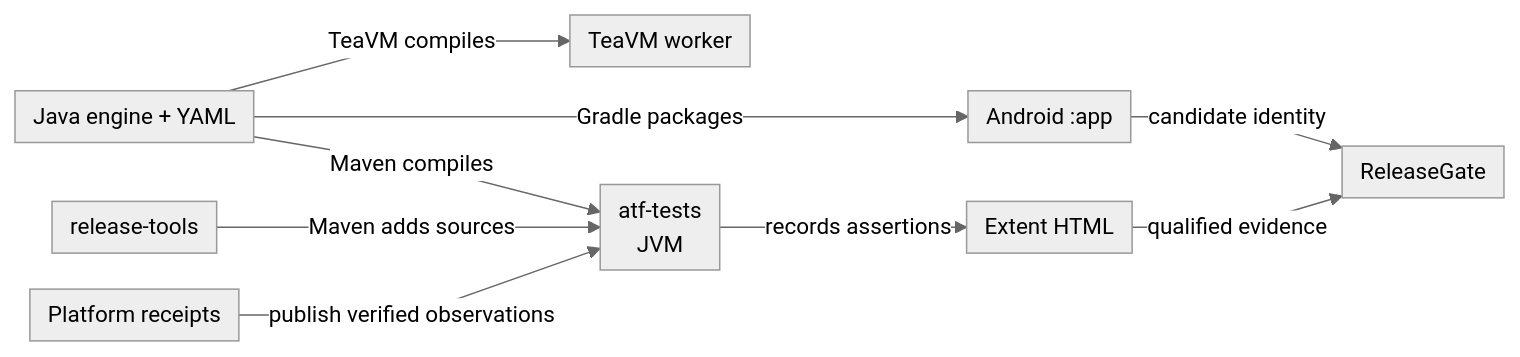
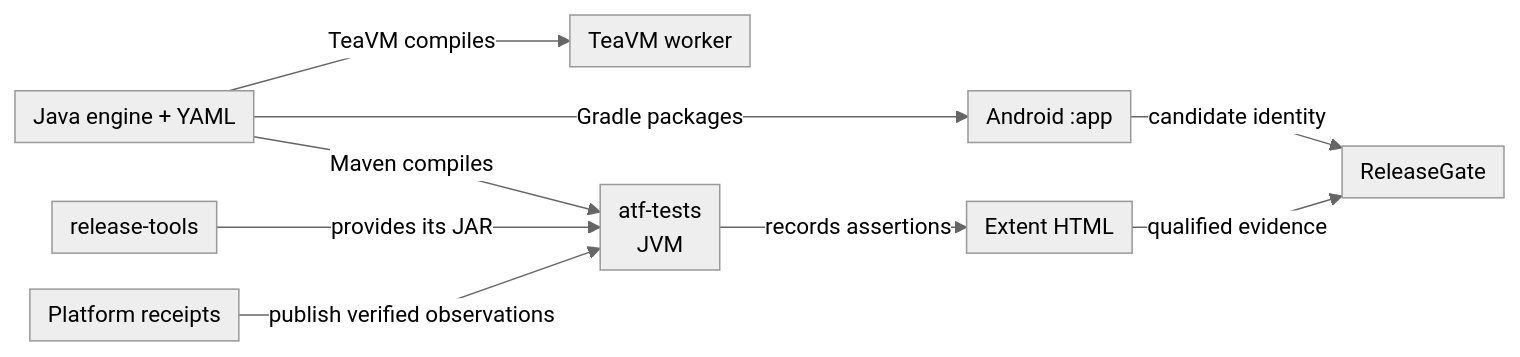
One commit to crististefanita/chess changed the second of 3 diagrams in README.md. Above: the diagram before and after it, drawn with Mermaid. The commit also changed other lines of this file and 27 other files, not shown here.

````diff
--- a/README.md
+++ b/README.md
@@ -76,20 +76,20 @@
 ```mermaid
 %%{init: {"theme":"neutral","themeVariables":{"fontSize":"15px"},"themeCSS":".edgeLabel, .edgeLabel p { font-size: 12px !important; } .node rect { rx: 6px; ry: 6px; }","flowchart":{"curve":"linear","nodeSpacing":24,"rankSpacing":20,"padding":6},"sequence":{"mirrorActors":false,"messageMargin":24}}}%%
 flowchart LR
     Source["Java engine + YAML"]
     Android["Android :app"]
     Worker["TeaVM worker"]
     Tests["atf-tests<br/>JVM"]
     Tools["release-tools"]
     Receipts["Platform receipts"]
     Extent["Extent HTML"]
     Gate["ReleaseGate"]
     Source -->|Gradle packages| Android
     Source -->|TeaVM compiles| Worker
     Source -->|Maven compiles| Tests
-    Tools -->|Maven adds sources| Tests
+    Tools -->|provides its JAR| Tests
     Receipts -->|publish verified observations| Tests
     Tests -->|records assertions| Extent
     Android -->|candidate identity| Gate
     Extent -->|qualified evidence| Gate
 ```
````
